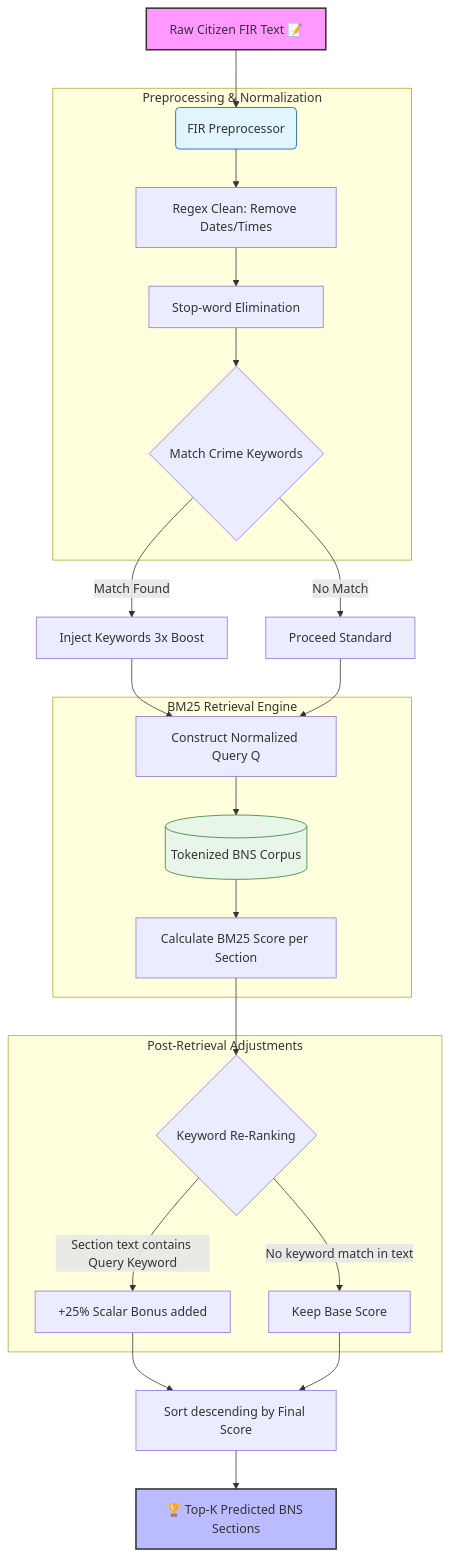
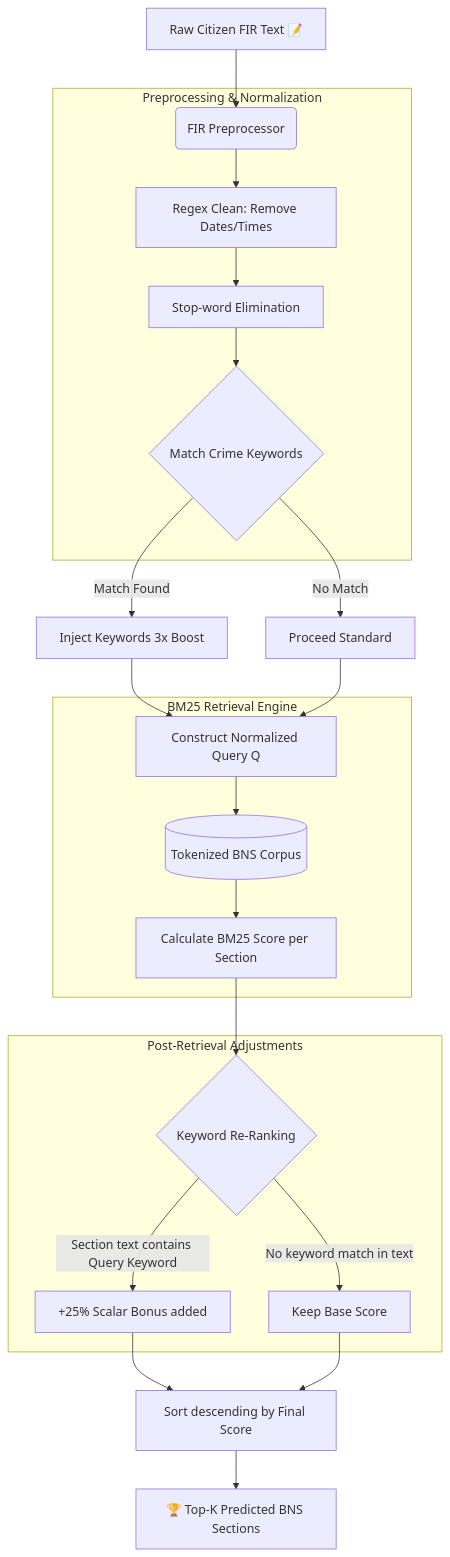
One commit to Myst-Blazeio/Sahayta changed the second of 2 diagrams in README.md. Above: the diagram before and after it, drawn with Mermaid. The commit also changed other lines of this file, not shown here.

Commit message:
docs: use B&W theme for mermaid flowcharts and fix typos

````diff
--- a/README.md
+++ b/README.md
@@ -71,38 +71,33 @@
 ```mermaid
 flowchart TD
     A[Raw Citizen FIR Text 📝] --> B(FIR Preprocessor)
 
     subgraph Preprocessing & Normalization
         B --> C[Regex Clean: Remove Dates/Times]
         C --> D[Stop-word Elimination]
         D --> E{Match Crime Keywords}
     end
 
     E -- Match Found --> F[Inject Keywords 3x Boost]
     E -- No Match --> G[Proceed Standard]
 
     F --> H
     G --> H
 
     subgraph BM25 Retrieval Engine
         H[Construct Normalized Query Q] --> I[(Tokenized BNS Corpus)]
         I --> J[Calculate BM25 Score per Section]
     end
 
     J --> K{Keyword Re-Ranking}
 
     subgraph Post-Retrieval Adjustments
         K -- Section text contains Query Keyword --> L[+25% Scalar Bonus added]
         K -- No keyword match in text --> M[Keep Base Score]
     end
 
     L --> N
     M --> N
 
     N[Sort descending by Final Score] --> O[🏆 Top-K Predicted BNS Sections]
-
-    style A fill:#f9f,stroke:#333,stroke-width:2px
-    style O fill:#bbf,stroke:#333,stroke-width:2px
-    style B fill:#e1f5fe,stroke:#01579b
-    style I fill:#e8f5e9,stroke:#2e7d32
 ```
````
